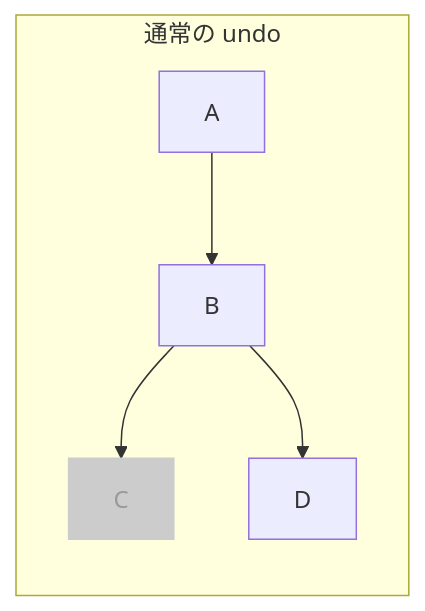
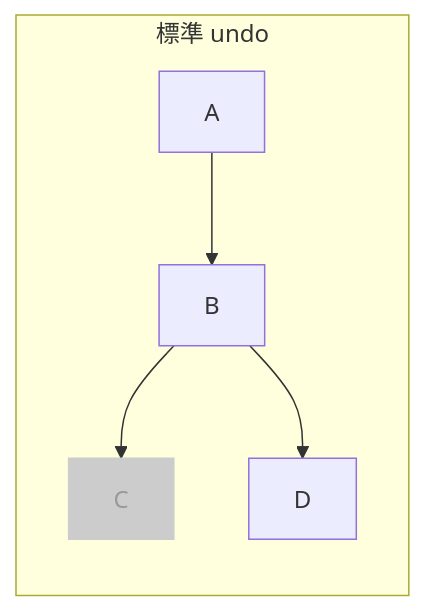
The second of 5 diagrams in README_ja.md (mmiyaji/vscode-undotree), drawn with Mermaid before and after one commit. The commit also changed other lines of this file and 3 other files, not shown here.

````diff
--- a/README_ja.md
+++ b/README_ja.md
@@ -238,9 +269,9 @@
 ```mermaid
 graph LR
-  subgraph "通常の undo"
+  subgraph "標準 undo"
     A1["A"] --> B1["B"] --> C1["C"]
     B1 --> D1["D"]
     classDef lost fill:#ccc,color:#999,stroke:#ccc
     C1:::lost
   end
 ```
````
